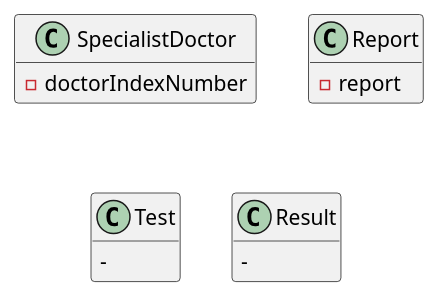
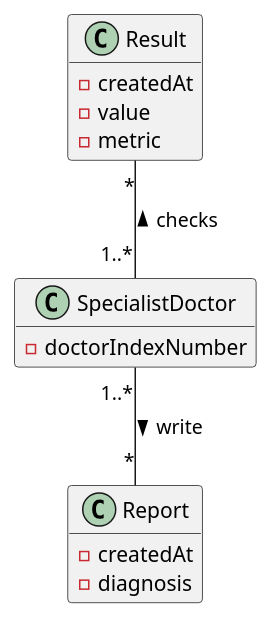
One commit to GuilhermeCunha79/lapr2 changed the diagram in docs/SprintC/US14/UC14_MD.puml. Above: the diagram before and after it, drawn with PlantUML. The commit also changed 57 other files, not shown here.

Commit message:
[US-9] Great Improvements to the US-9 documentation diagrams and code [US-8] Great Improvements to the US-8 documentation and diagrams [API] Added all 3 APIs needed for US5 & US12

```diff
--- a/docs/SprintC/US14/UC14_MD.puml
+++ b/docs/SprintC/US14/UC14_MD.puml
@@ -1,23 +1,24 @@
 @startuml
 
 hide methods
 
 class SpecialistDoctor {
     - doctorIndexNumber
 }
 
 class Report {
-    - report
-}
-
-class Test {
-    -
+    -createdAt
+    -diagnosis
 }
 
 class Result {
-    -
+    -createdAt
+    -value
+    -metric
 }
 
+SpecialistDoctor"1..*" -- "*"Report : "> write"
+SpecialistDoctor"1..*" -up- "*"Result : "> checks"
 
 
 @enduml
```
